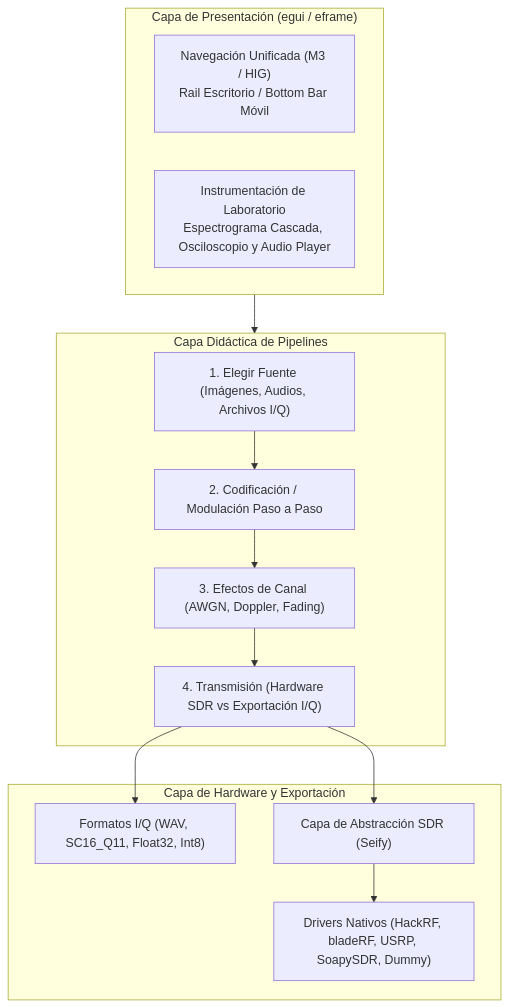
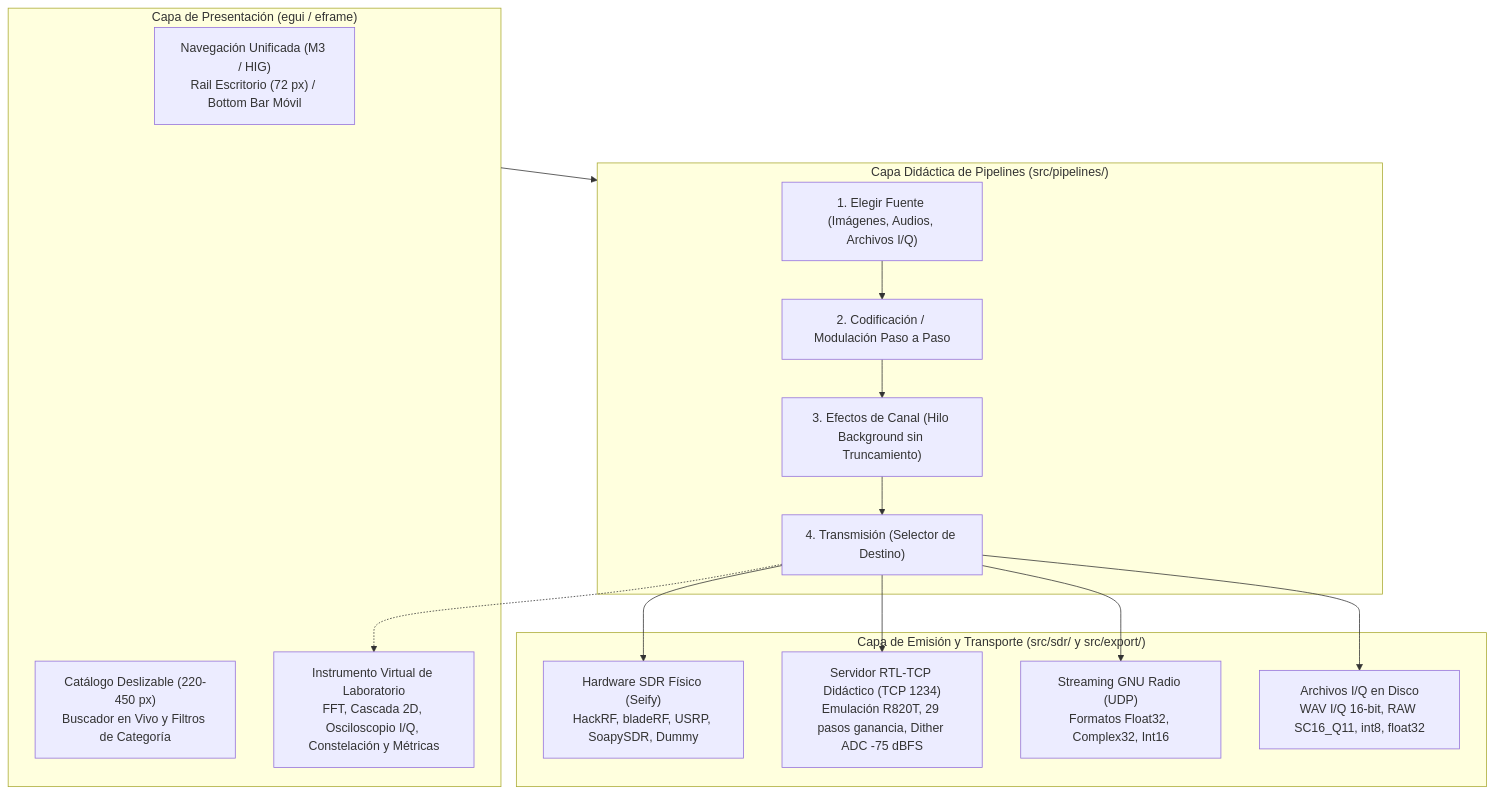
Before and after one commit to tcasaniv/signals-sdr: the first of 3 diagrams in docs/ARCHITECTURE.md, drawn with Mermaid. The commit also changed other lines of this file and 8 other files, not shown here.

Commit message:
docs: comprehensive update to README, ROADMAP, ARCHITECTURE and custom rustdoc

````diff
--- a/docs/ARCHITECTURE.md
+++ b/docs/ARCHITECTURE.md
@@ -11,25 +11,30 @@
 ```mermaid
 flowchart TD
     subgraph UI ["Capa de Presentación (egui / eframe)"]
-        Nav["Navegación Unificada (M3 / HIG)<br/>Rail Escritorio / Bottom Bar Móvil"]
-        Viewer["Instrumentación de Laboratorio<br/>Espectrograma Cascada, Osciloscopio y Audio Player"]
+        Nav["Navegación Unificada (M3 / HIG)<br/>Rail Escritorio (72 px) / Bottom Bar Móvil"]
+        Catalog["Catálogo Deslizable (220-450 px)<br/>Buscador en Vivo y Filtros de Categoría"]
+        VirtualInst["Instrumento Virtual de Laboratorio<br/>FFT, Cascada 2D, Osciloscopio I/Q, Constelación y Métricas"]
     end
 
-    subgraph PipelineLayer ["Capa Didáctica de Pipelines"]
+    subgraph PipelineLayer ["Capa Didáctica de Pipelines (src/pipelines/)"]
         P1["1. Elegir Fuente (Imágenes, Audios, Archivos I/Q)"]
         P2["2. Codificación / Modulación Paso a Paso"]
-        P3["3. Efectos de Canal (AWGN, Doppler, Fading)"]
-        P4["4. Transmisión (Hardware SDR vs Exportación I/Q)"]
+        P3["3. Efectos de Canal (Hilo Background sin Truncamiento)"]
+        P4["4. Transmisión (Selector de Destino)"]
     end
 
-    subgraph HardwareLayer ["Capa de Hardware y Exportación"]
-        Formats["Formatos I/Q (WAV, SC16_Q11, Float32, Int8)"]
-        Seify["Capa de Abstracción SDR (Seify)"]
-        Drivers["Drivers Nativos (HackRF, bladeRF, USRP, SoapySDR, Dummy)"]
+    subgraph TransmissionSubsystems ["Capa de Emisión y Transporte (src/sdr/ y src/export/)"]
+        SDR_HW["Hardware SDR Físico (Seify)<br/>HackRF, bladeRF, USRP, SoapySDR, Dummy"]
+        RTL_TCP["Servidor RTL-TCP Didáctico (TCP 1234)<br/>Emulación R820T, 29 pasos ganancia, Dither ADC -75 dBFS"]
+        GNURadio["Streaming GNU Radio (UDP)<br/>Formatos Float32, Complex32, Int16"]
+        IQ_Files["Archivos I/Q en Disco<br/>WAV I/Q 16-bit, RAW SC16_Q11, int8, float32"]
     end
 
     UI --> PipelineLayer
     P1 --> P2 --> P3 --> P4
-    P4 --> Formats
-    P4 --> Seify --> Drivers
+    P4 --> SDR_HW
+    P4 --> RTL_TCP
+    P4 --> GNURadio
+    P4 --> IQ_Files
+    P4 -.-> VirtualInst
 ```
````
